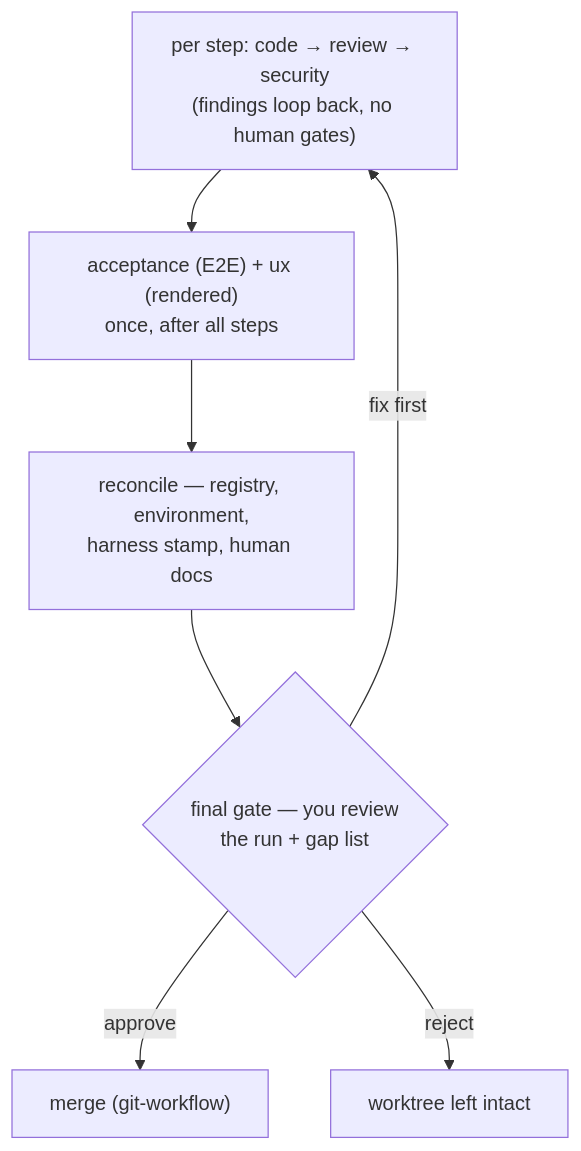
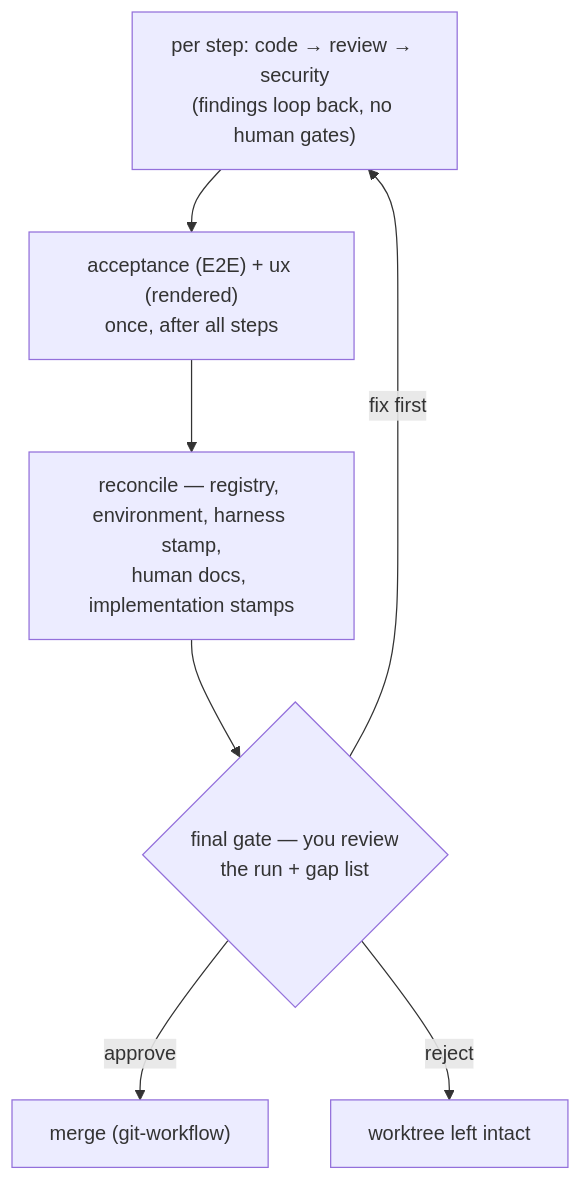
The second of 2 diagrams in readme.md (virajp/ai-plugins), drawn with Mermaid before and after one commit. The commit also changed other lines of this file and 67 other files, not shown here.

First line of the commit message:
feat(vwf): flow-first blueprint (format 9), chained plans, release-frozen API contracts

````diff
--- a/readme.md
+++ b/readme.md
@@ -544,9 +598,9 @@
 ```mermaid
 flowchart TD
     P["per step: code → review → security<br/>(findings loop back, no human gates)"] --> AX["acceptance (E2E) + ux (rendered)<br/>once, after all steps"]
-    AX --> RC["reconcile — registry, environment,<br/>harness stamp, human docs"]
+    AX --> RC["reconcile — registry, environment, harness stamp,<br/>human docs, implementation stamps"]
     RC --> G{"final gate — you review<br/>the run + gap list"}
     G -->|approve| M["merge (git-workflow)"]
     G -->|fix first| P
     G -->|reject| W["worktree left intact"]
 ```
````
